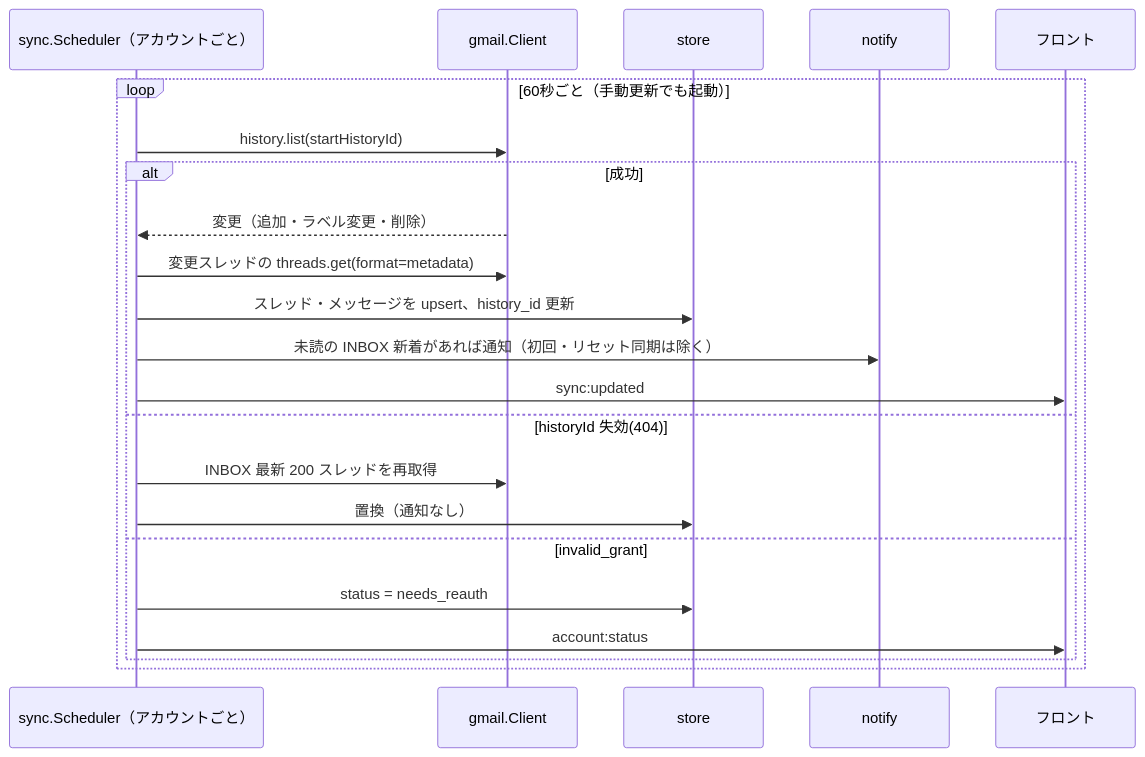
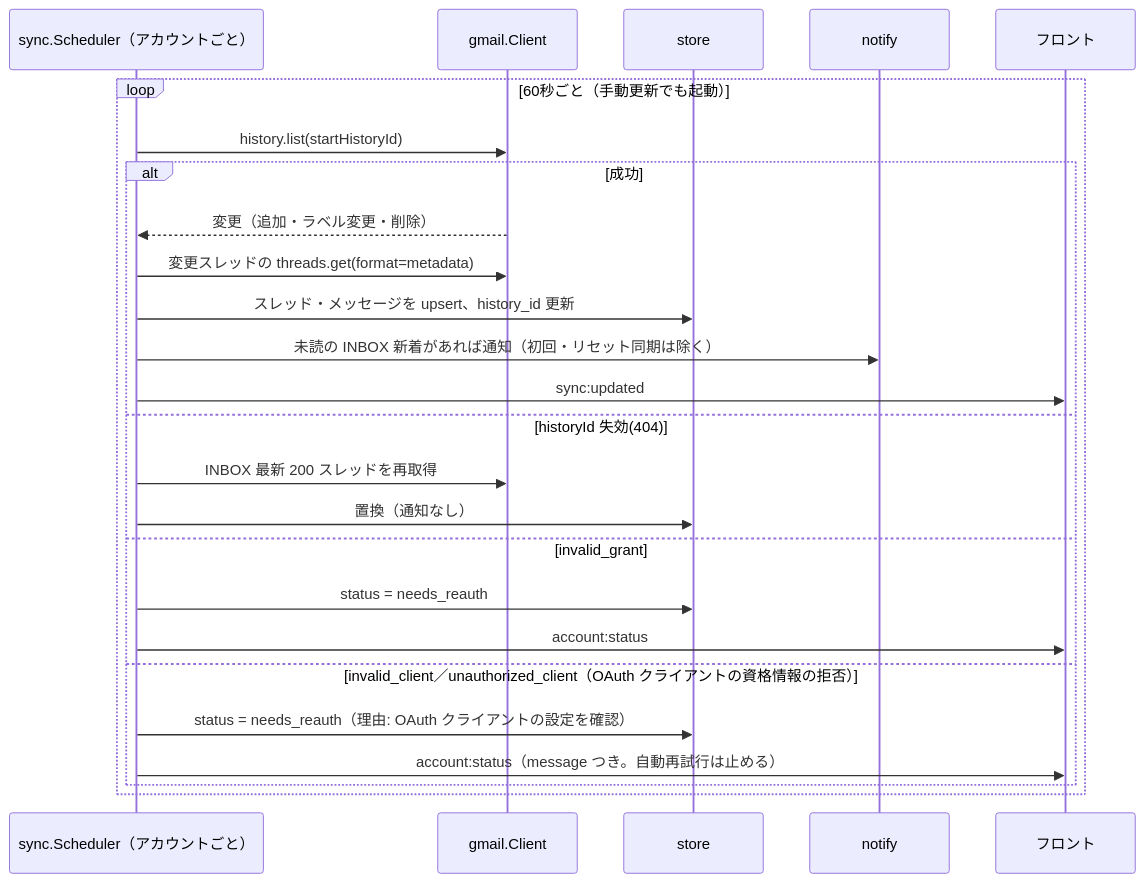
One commit to ousiassllc/hitomado changed the third of 5 diagrams in docs/architecture/overview.md. Above: the diagram before and after it, drawn with Mermaid. The commit also changed other lines of this file and 2 other files, not shown here.

Commit message:
docs: iteration 2 の UI 変更（OAuth クライアント拒否の案内・新規作成の送信元の初期値）を設計・要件に反映 (#69)

````diff
--- a/docs/architecture/overview.md
+++ b/docs/architecture/overview.md
@@ -167,25 +167,28 @@
 ```mermaid
 sequenceDiagram
   participant SC as sync.Scheduler（アカウントごと）
   participant GM as gmail.Client
   participant DB as store
   participant NT as notify
   participant FE as フロント
 
   loop 60秒ごと（手動更新でも起動）
     SC->>GM: history.list(startHistoryId)
     alt 成功
       GM-->>SC: 変更（追加・ラベル変更・削除）
       SC->>GM: 変更スレッドの threads.get(format=metadata)
       SC->>DB: スレッド・メッセージを upsert、history_id 更新
       SC->>NT: 未読の INBOX 新着があれば通知（初回・リセット同期は除く）
       SC->>FE: sync:updated
     else historyId 失効(404)
       SC->>GM: INBOX 最新 200 スレッドを再取得
       SC->>DB: 置換（通知なし）
     else invalid_grant
       SC->>DB: status = needs_reauth
       SC->>FE: account:status
+    else invalid_client／unauthorized_client（OAuth クライアントの資格情報の拒否）
+      SC->>DB: status = needs_reauth（理由: OAuth クライアントの設定を確認）
+      SC->>FE: account:status（message つき。自動再試行は止める）
     end
   end
 ```
````
